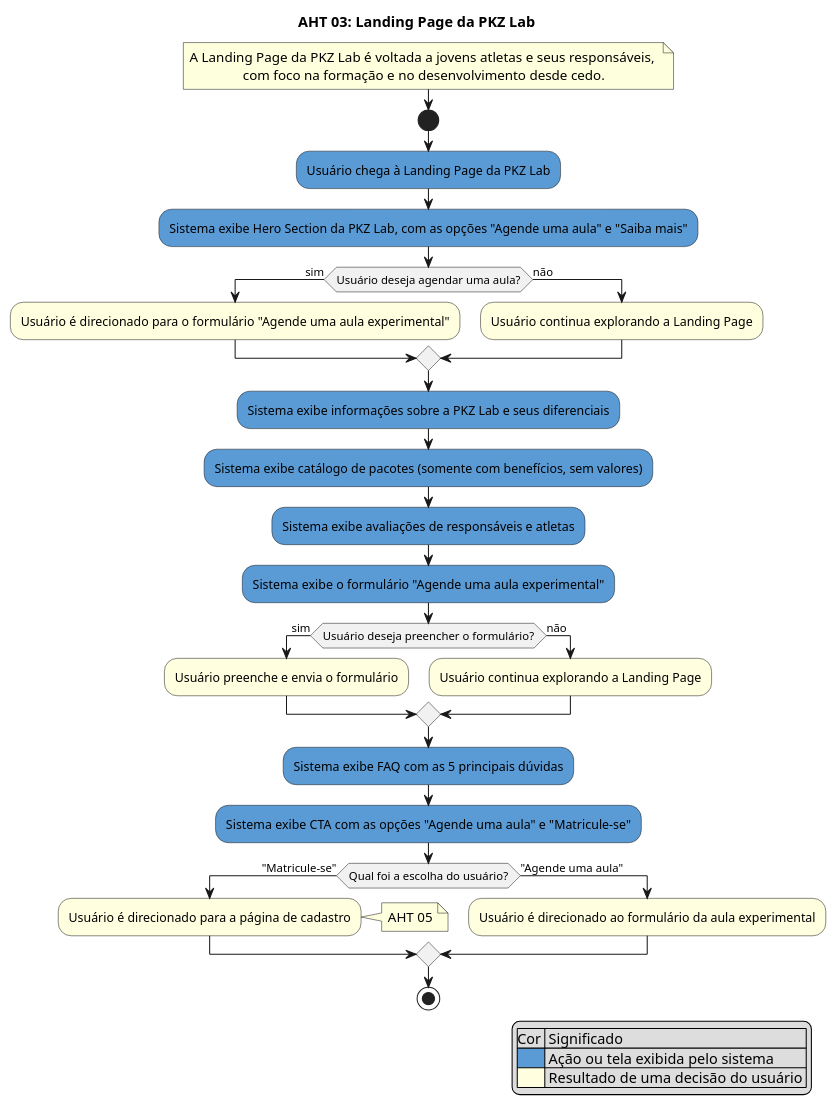
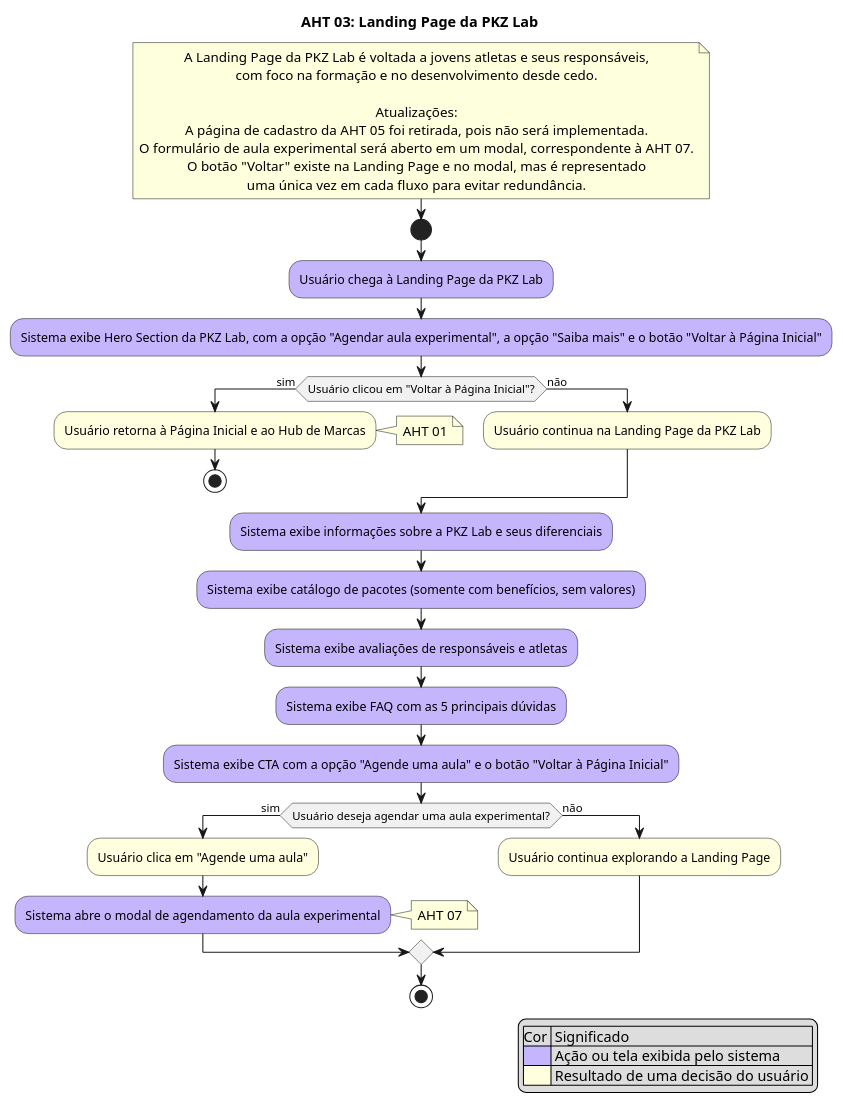
Before and after one commit to tav-ibmec/PFE-2026-2-Grupo-1-vanila: the diagram in Documentos/AHTs/AHT03-PKZ-landing-page.puml, drawn with PlantUML. The commit also changed 2 other files, not shown here.

Commit message:
Atualizando AHT 03 com foto do fluxo

```diff
--- a/Documentos/AHTs/AHT03-PKZ-landing-page.puml
+++ b/Documentos/AHTs/AHT03-PKZ-landing-page.puml
@@ -1,48 +1,50 @@
 @startuml AHT03-PKZ-landing-page
 skinparam DefaultTextAlignment center
 title AHT 03: Landing Page da PKZ Lab
 
 note right
- A Landing Page da PKZ Lab é voltada a jovens atletas e seus responsáveis, 
+ A Landing Page da PKZ Lab é voltada a jovens atletas e seus responsáveis,
  com foco na formação e no desenvolvimento desde cedo.
+
+ Atualizações:
+ A página de cadastro da AHT 05 foi retirada, pois não será implementada.
+ O formulário de aula experimental será aberto em um modal, correspondente à AHT 07.
+ O botão "Voltar" existe na Landing Page e no modal, mas é representado
+ uma única vez em cada fluxo para evitar redundância.
 end note
 
 start
 
-#5B9BD5:Usuário chega à Landing Page da PKZ Lab;
-#5B9BD5:Sistema exibe Hero Section da PKZ Lab, com as opções "Agende uma aula" e "Saiba mais";
+#C4B5FD:Usuário chega à Landing Page da PKZ Lab;
+#C4B5FD:Sistema exibe Hero Section da PKZ Lab, com a opção "Agendar aula experimental", a opção "Saiba mais" e o botão "Voltar à Página Inicial";
 
-if (Usuário deseja agendar uma aula?) then (sim)
-  #lightyellow:Usuário é direcionado para o formulário "Agende uma aula experimental";
-  else (não)
+if (Usuário clicou em "Voltar à Página Inicial"?) then (sim)
+  #lightyellow:Usuário retorna à Página Inicial e ao Hub de Marcas;
+  note right: AHT 01
+  stop
+else (não)
+  #lightyellow:Usuário continua na Landing Page da PKZ Lab;
+endif
+
+#C4B5FD:Sistema exibe informações sobre a PKZ Lab e seus diferenciais;
+#C4B5FD:Sistema exibe catálogo de pacotes (somente com benefícios, sem valores);
+#C4B5FD:Sistema exibe avaliações de responsáveis e atletas;
+#C4B5FD:Sistema exibe FAQ com as 5 principais dúvidas;
+#C4B5FD:Sistema exibe CTA com a opção "Agende uma aula" e o botão "Voltar à Página Inicial";
+
+if (Usuário deseja agendar uma aula experimental?) then (sim)
+  #lightyellow:Usuário clica em "Agende uma aula";
+  #C4B5FD:Sistema abre o modal de agendamento da aula experimental;
+  note right: AHT 07
+else (não)
   #lightyellow:Usuário continua explorando a Landing Page;
-  endif
-
-#5B9BD5:Sistema exibe informações sobre a PKZ Lab e seus diferenciais;
-#5B9BD5:Sistema exibe catálogo de pacotes (somente com benefícios, sem valores);
-#5B9BD5:Sistema exibe avaliações de responsáveis e atletas;
-#5B9BD5:Sistema exibe o formulário "Agende uma aula experimental";
-if (Usuário deseja preencher o formulário?) then (sim)
-  #lightyellow:Usuário preenche e envia o formulário;
-  else (não)
-  #lightyellow:Usuário continua explorando a Landing Page;
-  endif
-  
-#5B9BD5:Sistema exibe FAQ com as 5 principais dúvidas;
-#5B9BD5:Sistema exibe CTA com as opções "Agende uma aula" e "Matricule-se";
-
-if (Qual foi a escolha do usuário?) then ("Matricule-se")
-  #lightyellow:Usuário é direcionado para a página de cadastro;
-  note right: AHT 05
-  else ("Agende uma aula")
-  #lightyellow:Usuário é direcionado ao formulário da aula experimental;
 endif
 
 legend right
   |Cor | Significado|
-  |<#5B9BD5>| Ação ou tela exibida pelo sistema |
+  |<#C4B5FD>| Ação ou tela exibida pelo sistema |
   |<#lightyellow>| Resultado de uma decisão do usuário |
 endlegend
 
 stop
 @enduml
```
